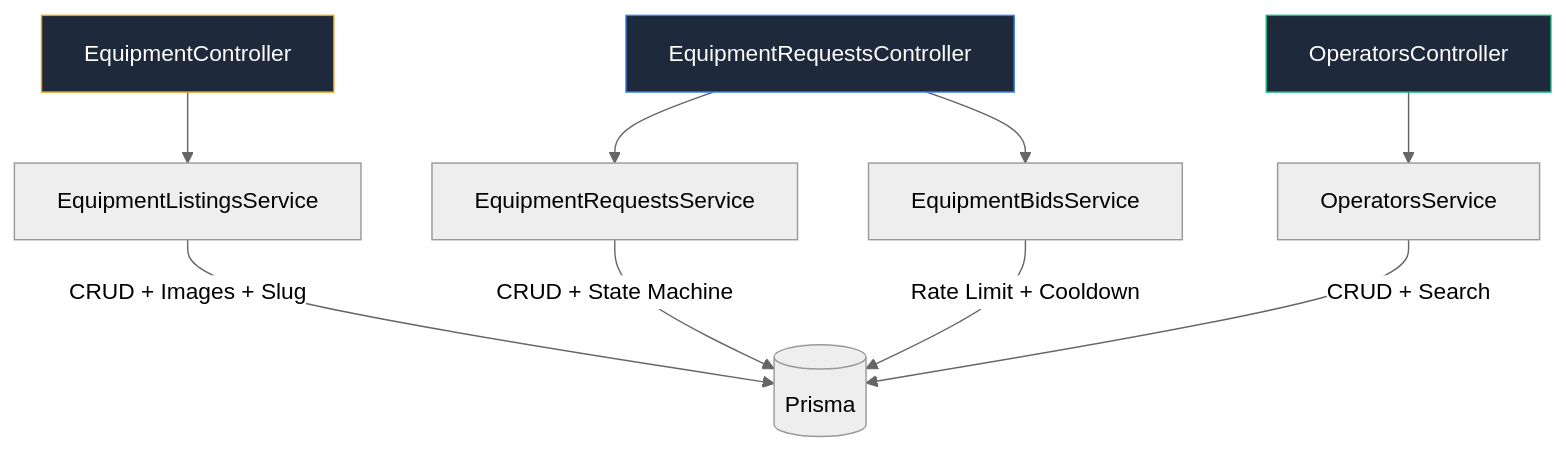
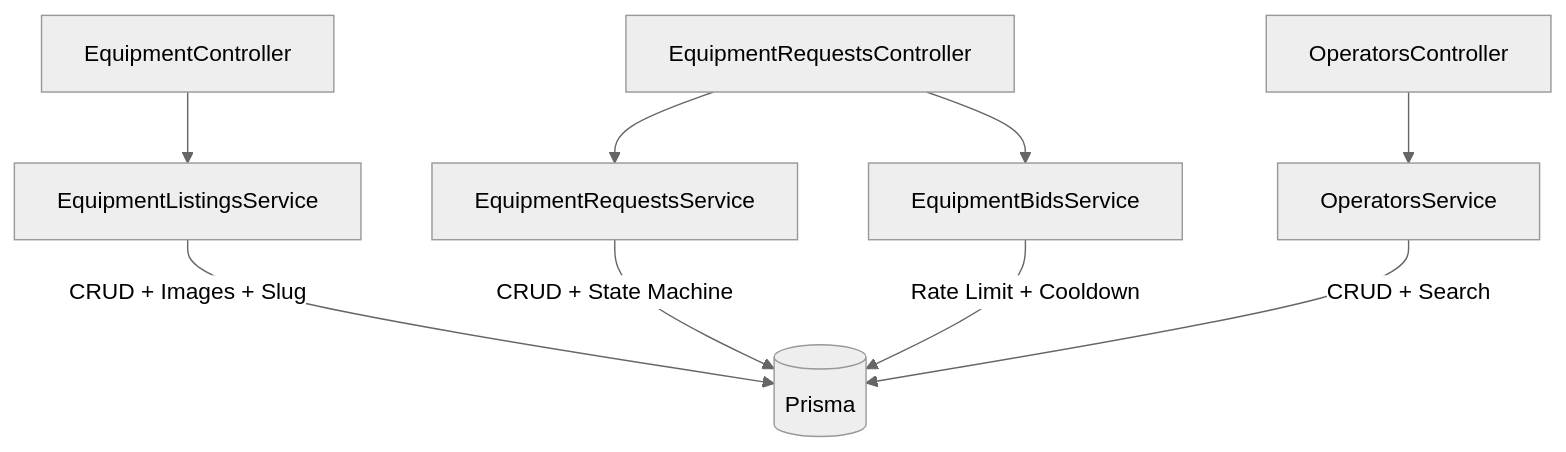
Before and after one commit to Mahmoud997s/SouqOne: the third of 4 diagrams in README.md, drawn with Mermaid (neutral theme). The commit also changed other lines of this file, not shown here.

Commit message:
fix: remove emojis and style directives from Mermaid diagrams for GitHub compatibility

````diff
--- a/README.md
+++ b/README.md
@@ -229,16 +219,12 @@
 ```mermaid
 graph TD
     EC[EquipmentController] --> ELS[EquipmentListingsService]
     ERC[EquipmentRequestsController] --> ERS[EquipmentRequestsService]
     ERC --> EBS[EquipmentBidsService]
     OC[OperatorsController] --> OS[OperatorsService]
 
     ELS -->|CRUD + Images + Slug| DB[(Prisma)]
     ERS -->|CRUD + State Machine| DB
     EBS -->|Rate Limit + Cooldown| DB
     OS -->|CRUD + Search| DB
-
-    style EC fill:#1e293b,stroke:#f59e0b,color:#fff
-    style ERC fill:#1e293b,stroke:#3b82f6,color:#fff
-    style OC fill:#1e293b,stroke:#10b981,color:#fff
 ```
````
